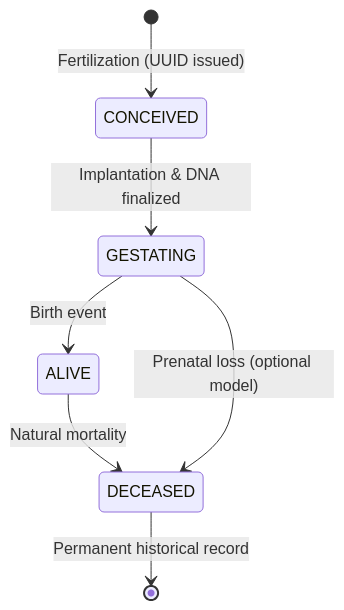
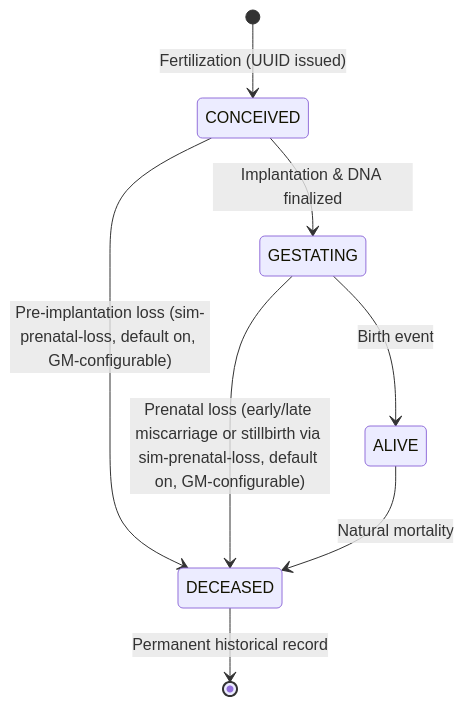
Before and after one commit to ladrost/princesspink: the second of 4 diagrams in docs/Concept.md, drawn with Mermaid. The commit also changed other lines of this file and 7 other files, not shown here.

````diff
--- a/docs/Concept.md
+++ b/docs/Concept.md
@@ -265,9 +286,10 @@
 ```mermaid
 stateDiagram-v2
     [*] --> CONCEIVED : Fertilization (UUID issued)
     CONCEIVED --> GESTATING : Implantation & DNA finalized
+    CONCEIVED --> DECEASED : Pre-implantation loss (sim-prenatal-loss, default on, GM-configurable)
     GESTATING --> ALIVE : Birth event
+    GESTATING --> DECEASED : Prenatal loss (early/late miscarriage or stillbirth via sim-prenatal-loss, default on, GM-configurable)
     ALIVE --> DECEASED : Natural mortality
-    GESTATING --> DECEASED : Prenatal loss (optional model)
     DECEASED --> [*] : Permanent historical record
 ```
````
